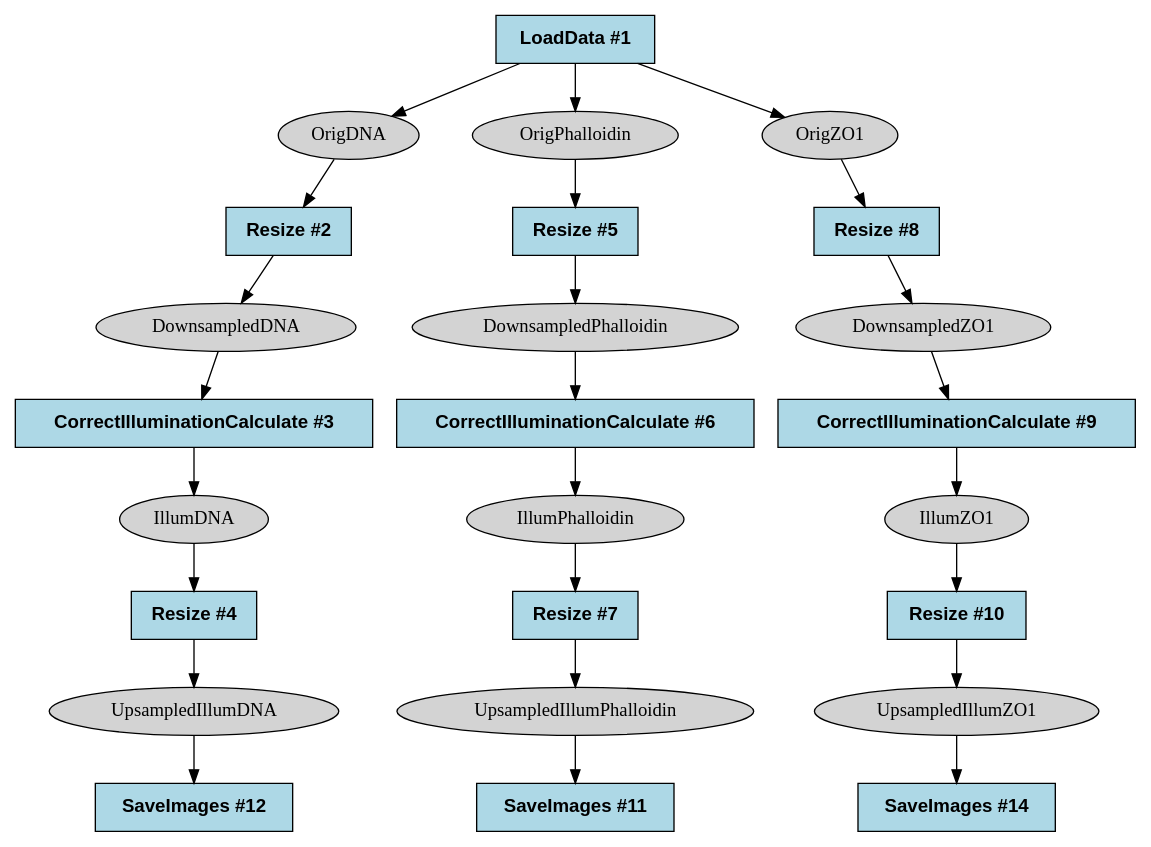
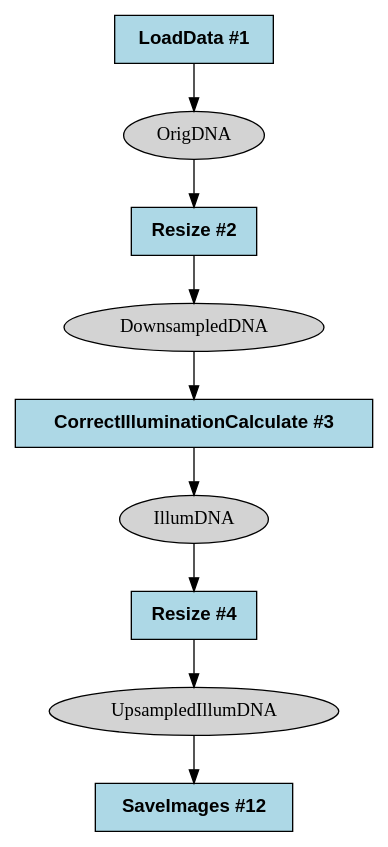
Before and after one commit to shntnu/cp_graph: the diagram in examples/output/illum_filtered.dot, drawn with Graphviz. The commit also changed 2 other files, not shown here.

```diff
--- a/examples/output/illum_filtered.dot
+++ b/examples/output/illum_filtered.dot
@@ -1,51 +1,19 @@
 strict digraph {
-CorrectIlluminationCalculate_2ab137a7 [type=module, label="CorrectIlluminationCalculate #6", module_name=CorrectIlluminationCalculate, module_num=6, original_num=6, stable_id="CorrectIlluminationCalculate_2ab137a7", enabled=True, shape=box, style=filled, fontname="Helvetica-Bold", fillcolor=lightblue];
-CorrectIlluminationCalculate_cd0871b [type=module, label="CorrectIlluminationCalculate #9", module_name=CorrectIlluminationCalculate, module_num=9, original_num=9, stable_id="CorrectIlluminationCalculate_cd0871b", enabled=True, shape=box, style=filled, fontname="Helvetica-Bold", fillcolor=lightblue];
 CorrectIlluminationCalculate_e3750f2a [type=module, label="CorrectIlluminationCalculate #3", module_name=CorrectIlluminationCalculate, module_num=3, original_num=3, stable_id="CorrectIlluminationCalculate_e3750f2a", enabled=True, shape=box, style=filled, fontname="Helvetica-Bold", fillcolor=lightblue];
 LoadData_cbe5cfdf [type=module, label="LoadData #1", module_name=LoadData, module_num=1, original_num=1, stable_id="LoadData_cbe5cfdf", enabled=True, shape=box, style=filled, fontname="Helvetica-Bold", fillcolor=lightblue];
 Resize_32606b38 [type=module, label="Resize #2", module_name=Resize, module_num=2, original_num=2, stable_id="Resize_32606b38", enabled=True, shape=box, style=filled, fontname="Helvetica-Bold", fillcolor=lightblue];
-Resize_6f9ec43f [type=module, label="Resize #10", module_name=Resize, module_num=10, original_num=10, stable_id="Resize_6f9ec43f", enabled=True, shape=box, style=filled, fontname="Helvetica-Bold", fillcolor=lightblue];
-Resize_9779805 [type=module, label="Resize #5", module_name=Resize, module_num=5, original_num=5, stable_id="Resize_9779805", enabled=True, shape=box, style=filled, fontname="Helvetica-Bold", fillcolor=lightblue];
 Resize_a3b11500 [type=module, label="Resize #4", module_name=Resize, module_num=4, original_num=4, stable_id="Resize_a3b11500", enabled=True, shape=box, style=filled, fontname="Helvetica-Bold", fillcolor=lightblue];
-Resize_b00c8387 [type=module, label="Resize #8", module_name=Resize, module_num=8, original_num=8, stable_id="Resize_b00c8387", enabled=True, shape=box, style=filled, fontname="Helvetica-Bold", fillcolor=lightblue];
-Resize_fd94763b [type=module, label="Resize #7", module_name=Resize, module_num=7, original_num=7, stable_id="Resize_fd94763b", enabled=True, shape=box, style=filled, fontname="Helvetica-Bold", fillcolor=lightblue];
-SaveImages_392621f0 [type=module, label="SaveImages #11", module_name=SaveImages, module_num=11, original_num=11, stable_id="SaveImages_392621f0", enabled=True, shape=box, style=filled, fontname="Helvetica-Bold", fillcolor=lightblue];
-SaveImages_46180921 [type=module, label="SaveImages #14", module_name=SaveImages, module_num=14, original_num=14, stable_id="SaveImages_46180921", enabled=True, shape=box, style=filled, fontname="Helvetica-Bold", fillcolor=lightblue];
 SaveImages_4cf7a938 [type=module, label="SaveImages #12", module_name=SaveImages, module_num=12, original_num=12, stable_id="SaveImages_4cf7a938", enabled=True, shape=box, style=filled, fontname="Helvetica-Bold", fillcolor=lightblue];
 image__DownsampledDNA [type=image, label=DownsampledDNA, shape=ellipse, style=filled, fillcolor=lightgray];
-image__DownsampledPhalloidin [type=image, label=DownsampledPhalloidin, shape=ellipse, style=filled, fillcolor=lightgray];
-image__DownsampledZO1 [type=image, label=DownsampledZO1, shape=ellipse, style=filled, fillcolor=lightgray];
 image__IllumDNA [type=image, label=IllumDNA, shape=ellipse, style=filled, fillcolor=lightgray];
-image__IllumPhalloidin [type=image, label=IllumPhalloidin, shape=ellipse, style=filled, fillcolor=lightgray];
-image__IllumZO1 [type=image, label=IllumZO1, shape=ellipse, style=filled, fillcolor=lightgray];
 image__OrigDNA [type=image, label=OrigDNA, shape=ellipse, style=filled, fillcolor=lightgray];
-image__OrigPhalloidin [type=image, label=OrigPhalloidin, shape=ellipse, style=filled, fillcolor=lightgray];
-image__OrigZO1 [type=image, label=OrigZO1, shape=ellipse, style=filled, fillcolor=lightgray];
 image__UpsampledIllumDNA [type=image, label=UpsampledIllumDNA, shape=ellipse, style=filled, fillcolor=lightgray];
-image__UpsampledIllumPhalloidin [type=image, label=UpsampledIllumPhalloidin, shape=ellipse, style=filled, fillcolor=lightgray];
-image__UpsampledIllumZO1 [type=image, label=UpsampledIllumZO1, shape=ellipse, style=filled, fillcolor=lightgray];
-CorrectIlluminationCalculate_2ab137a7 -> image__IllumPhalloidin [type="image_output"];
-CorrectIlluminationCalculate_cd0871b -> image__IllumZO1 [type="image_output"];
 CorrectIlluminationCalculate_e3750f2a -> image__IllumDNA [type="image_output"];
 LoadData_cbe5cfdf -> image__OrigDNA [type="image_output"];
-LoadData_cbe5cfdf -> image__OrigPhalloidin [type="image_output"];
-LoadData_cbe5cfdf -> image__OrigZO1 [type="image_output"];
 Resize_32606b38 -> image__DownsampledDNA [type="image_output"];
-Resize_6f9ec43f -> image__UpsampledIllumZO1 [type="image_output"];
-Resize_9779805 -> image__DownsampledPhalloidin [type="image_output"];
 Resize_a3b11500 -> image__UpsampledIllumDNA [type="image_output"];
-Resize_b00c8387 -> image__DownsampledZO1 [type="image_output"];
-Resize_fd94763b -> image__UpsampledIllumPhalloidin [type="image_output"];
 image__DownsampledDNA -> CorrectIlluminationCalculate_e3750f2a [type="image_input"];
-image__DownsampledPhalloidin -> CorrectIlluminationCalculate_2ab137a7 [type="image_input"];
-image__DownsampledZO1 -> CorrectIlluminationCalculate_cd0871b [type="image_input"];
 image__IllumDNA -> Resize_a3b11500 [type="image_input"];
-image__IllumPhalloidin -> Resize_fd94763b [type="image_input"];
-image__IllumZO1 -> Resize_6f9ec43f [type="image_input"];
 image__OrigDNA -> Resize_32606b38 [type="image_input"];
-image__OrigPhalloidin -> Resize_9779805 [type="image_input"];
-image__OrigZO1 -> Resize_b00c8387 [type="image_input"];
 image__UpsampledIllumDNA -> SaveImages_4cf7a938 [type="image_input"];
-image__UpsampledIllumPhalloidin -> SaveImages_392621f0 [type="image_input"];
-image__UpsampledIllumZO1 -> SaveImages_46180921 [type="image_input"];
 }
```
